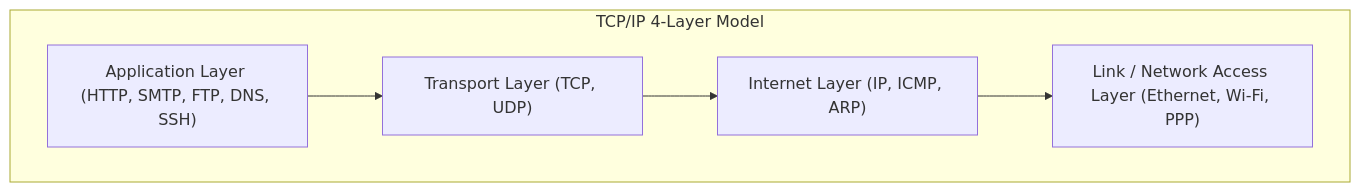
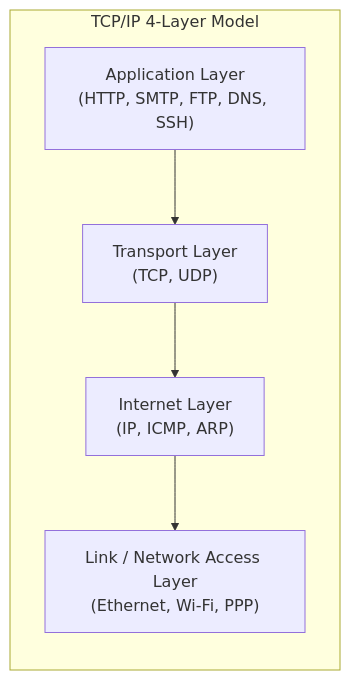
The seventh of 9 diagrams in notes/computer_networks/Chapter_1_Introduction.md (DeepLumiere/DeepSkills), drawn with Mermaid before and after one commit. The commit also changed other lines of this file and 3 other files, not shown here.

````diff
--- a/notes/computer_networks/Chapter_1_Introduction.md
+++ b/notes/computer_networks/Chapter_1_Introduction.md
@@ -340,10 +503,10 @@
 ```mermaid
-flowchart TD
+flowchart LR
     subgraph TCPIP ["TCP/IP 4-Layer Model"]
-        T4["Application Layer (HTTP, SMTP, FTP, DNS, SSH)"]
-        T3["Transport Layer (TCP, UDP)"]
-        T2["Internet Layer (IP, ICMP, ARP)"]
-        T1["Link / Network Access Layer (Ethernet, Wi-Fi, PPP)"]
+        T4["Application Layer\n(HTTP, SMTP, FTP, DNS, SSH)"]
+        T3["Transport Layer\n(TCP, UDP)"]
+        T2["Internet Layer\n(IP, ICMP, ARP)"]
+        T1["Link / Network Access Layer\n(Ethernet, Wi-Fi, PPP)"]
     end
     T4 --> T3 --> T2 --> T1
 ```
````
